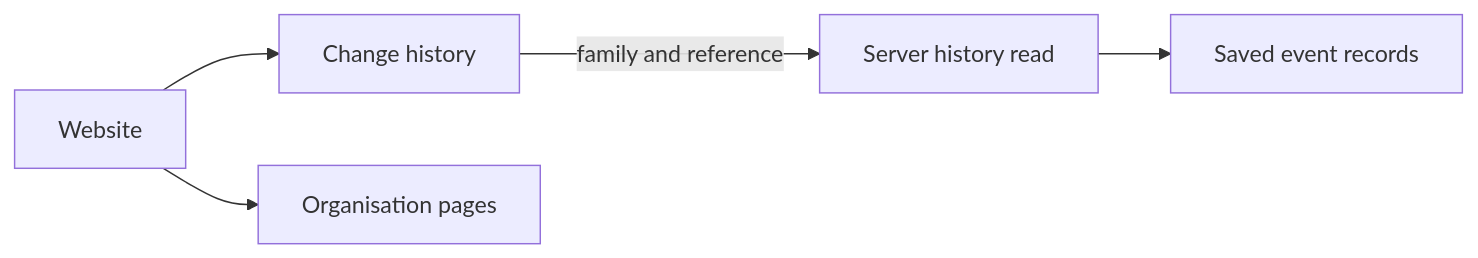
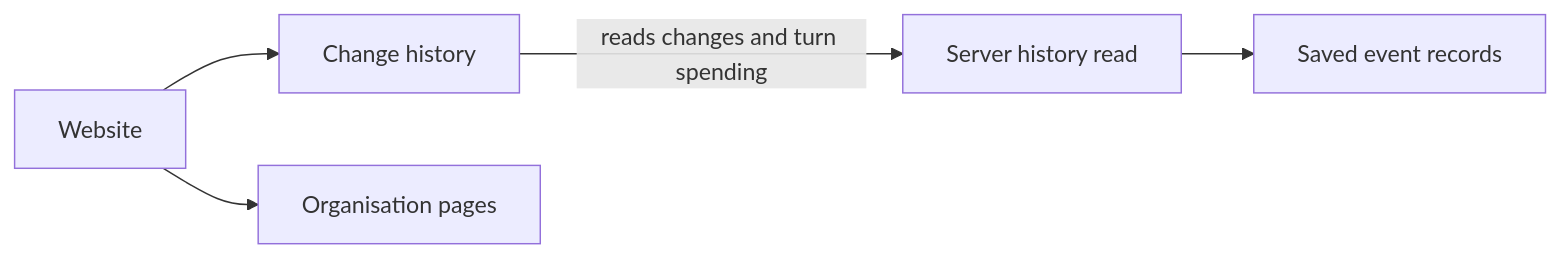
Before and after one commit to elewa-git/opencrane-new: the diagram in apps/web/src/app/audit/README.md, drawn with Mermaid. The commit also changed other lines of this file and 80 other files, not shown here.

````diff
--- a/apps/web/src/app/audit/README.md
+++ b/apps/web/src/app/audit/README.md
@@ -13,7 +13,7 @@
 ```mermaid
 flowchart LR
   website[Website] --> history[Change history]
   website --> organisation[Organisation pages]
-  history -->|family and reference| server[Server history read]
+  history -->|reads changes and turn spending| server[Server history read]
   server --> records[Saved event records]
 ```
````
